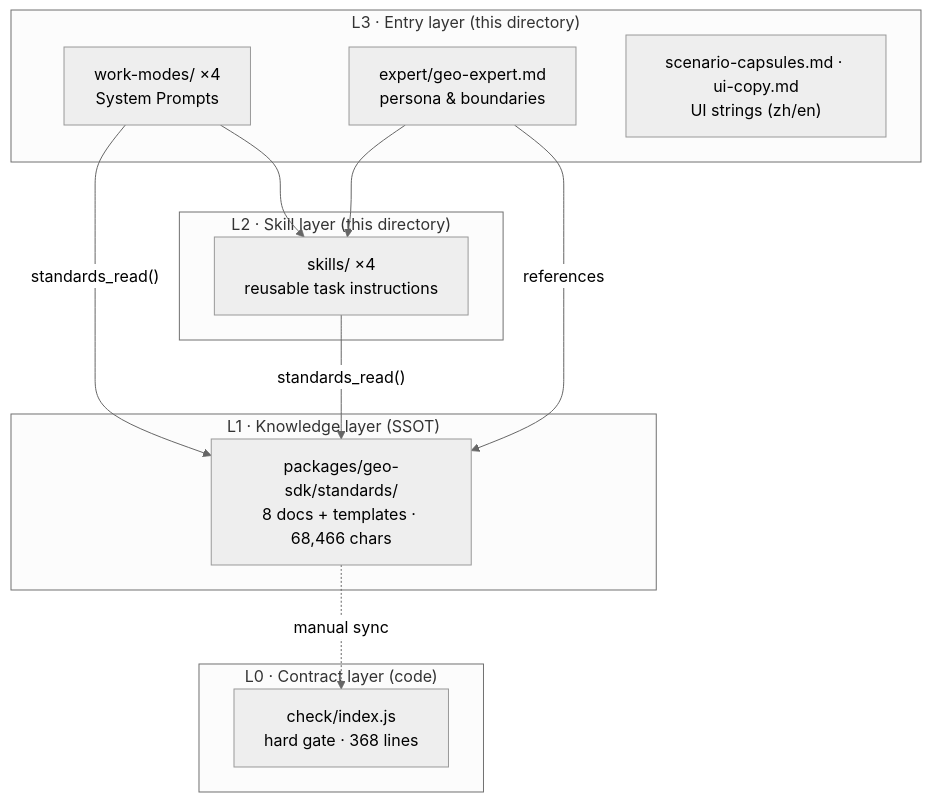
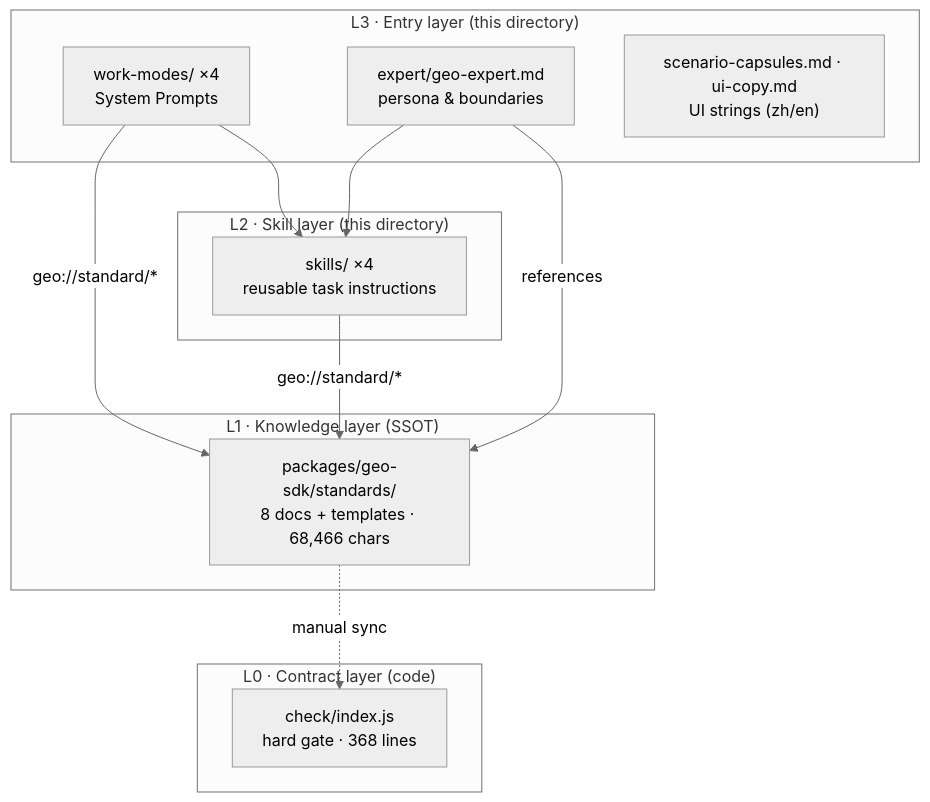
One commit to tengence-team/tengence-geo-agent changed the diagram in harness/README.md. Above: the diagram before and after it, drawn with Mermaid (neutral theme). The commit also changed other lines of this file and 24 other files, not shown here.

Commit message:
feat(geo-mcp): phase0 — prompts/resources/instructions, drop standards tools, add titles

````diff
--- a/harness/README.md
+++ b/harness/README.md
@@ -11,23 +11,23 @@
 ```mermaid
 graph TB
     subgraph L3["L3 · Entry layer (this directory)"]
         WM["work-modes/ ×4<br/>System Prompts"]
         EX["expert/geo-expert.md<br/>persona & boundaries"]
         UI["scenario-capsules.md · ui-copy.md<br/>UI strings (zh/en)"]
     end
     subgraph L2["L2 · Skill layer (this directory)"]
         SK["skills/ ×4<br/>reusable task instructions"]
     end
     subgraph L1["L1 · Knowledge layer (SSOT)"]
         ST["packages/geo-sdk/standards/<br/>8 docs + templates · 68,466 chars"]
     end
     subgraph L0["L0 · Contract layer (code)"]
         CK["check/index.js<br/>hard gate · 368 lines"]
     end
-    WM -->|"standards_read()"| ST
-    SK -->|"standards_read()"| ST
+    WM -->|"geo://standard/*"| ST
+    SK -->|"geo://standard/*"| ST
     EX -->|references| ST
     WM --> SK
     EX --> SK
     ST -.->|"manual sync"| CK
 ```
````
